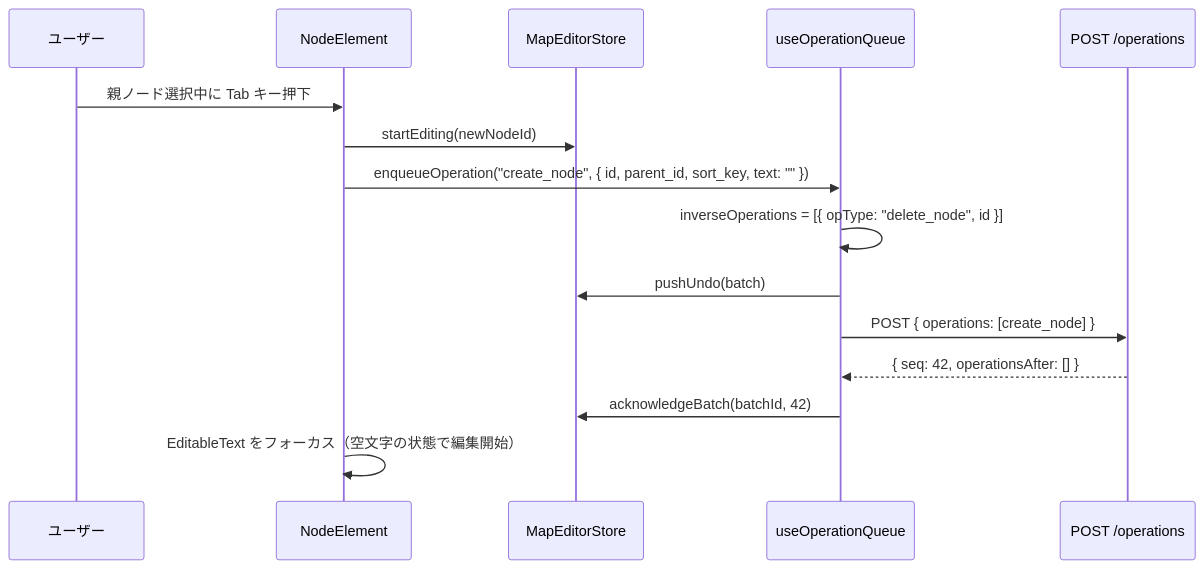
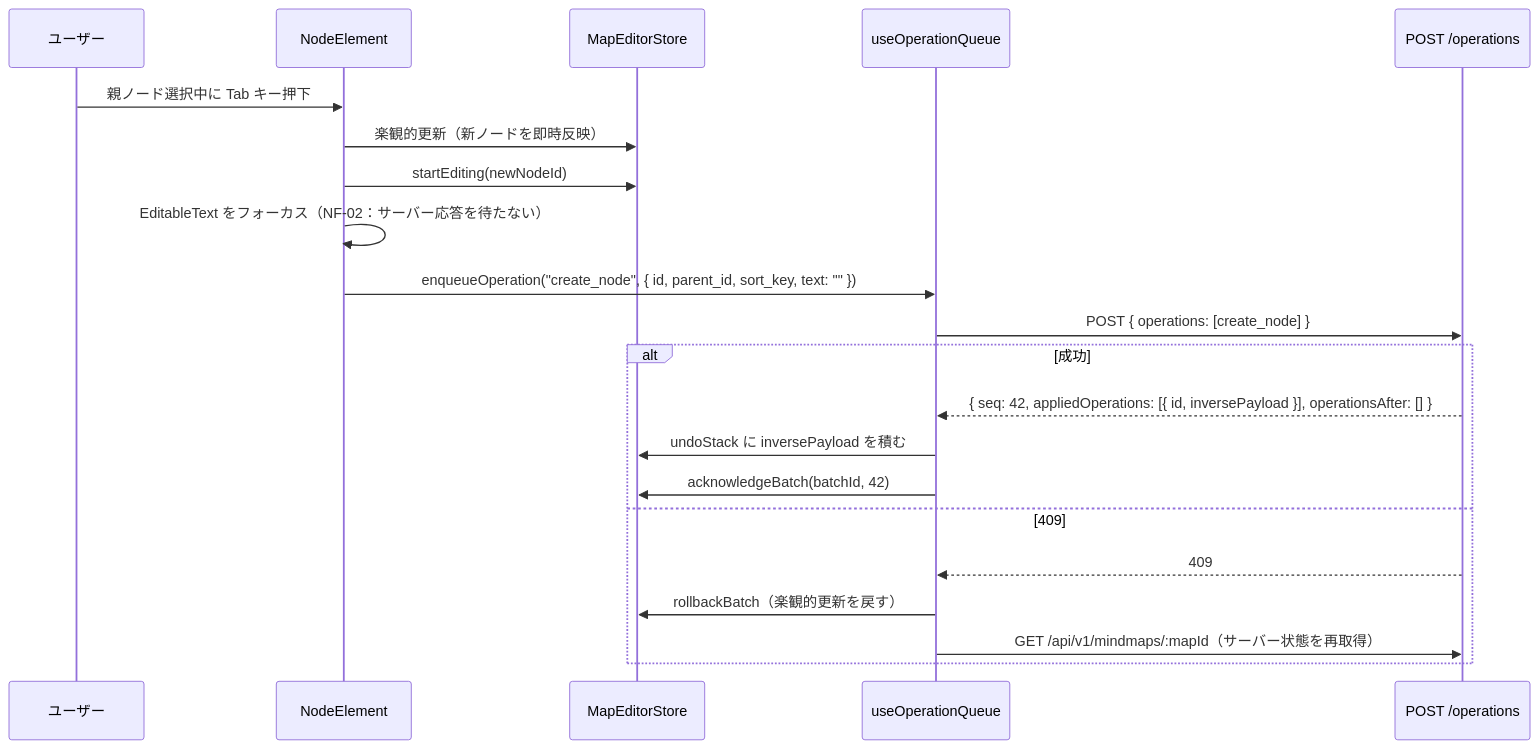
The fifth of 6 diagrams in .kiro/specs/map/design.md (skajihara/thinkronos), drawn with Mermaid before and after one commit. The commit also changed other lines of this file and 1 other file, not shown here.

First line of the commit message:
docs: revise the map design and add requirements

````diff
--- a/.kiro/specs/map/design.md
+++ b/.kiro/specs/map/design.md
@@ -405,18 +453,24 @@
 ```mermaid
 sequenceDiagram
     participant U as ユーザー
     participant UI as NodeElement
     participant Store as MapEditorStore
     participant Queue as useOperationQueue
     participant API as POST /operations
 
     U->>UI: 親ノード選択中に Tab キー押下
+    UI->>Store: 楽観的更新（新ノードを即時反映）
     UI->>Store: startEditing(newNodeId)
+    UI->>UI: EditableText をフォーカス（NF-02：サーバー応答を待たない）
     UI->>Queue: enqueueOperation("create_node", { id, parent_id, sort_key, text: "" })
-    Queue->>Queue: inverseOperations = [{ opType: "delete_node", id }]
-    Queue->>Store: pushUndo(batch)
     Queue->>API: POST { operations: [create_node] }
-    API-->>Queue: { seq: 42, operationsAfter: [] }
-    Queue->>Store: acknowledgeBatch(batchId, 42)
-    UI->>UI: EditableText をフォーカス（空文字の状態で編集開始）
+    alt 成功
+        API-->>Queue: { seq: 42, appliedOperations: [{ id, inversePayload }], operationsAfter: [] }
+        Queue->>Store: undoStack に inversePayload を積む
+        Queue->>Store: acknowledgeBatch(batchId, 42)
+    else 409
+        API-->>Queue: 409
+        Queue->>Store: rollbackBatch（楽観的更新を戻す）
+        Queue->>API: GET /api/v1/mindmaps/:mapId（サーバー状態を再取得）
+    end
 ```
````
